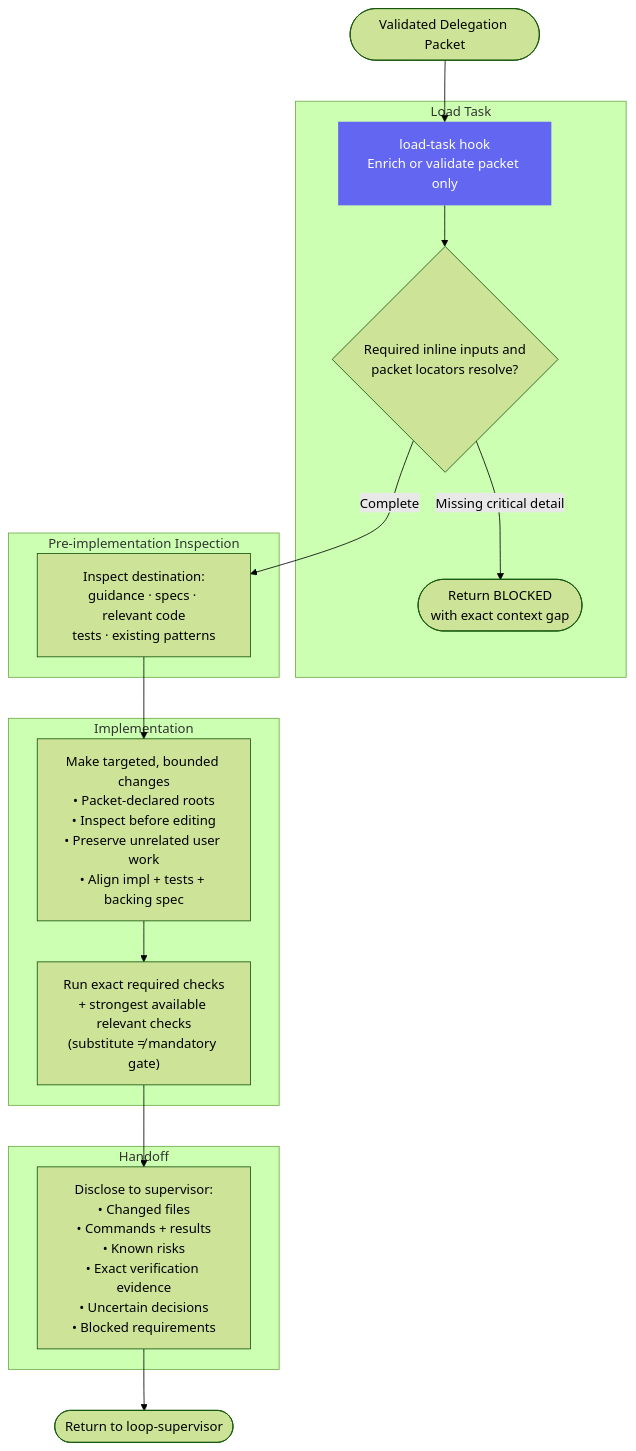
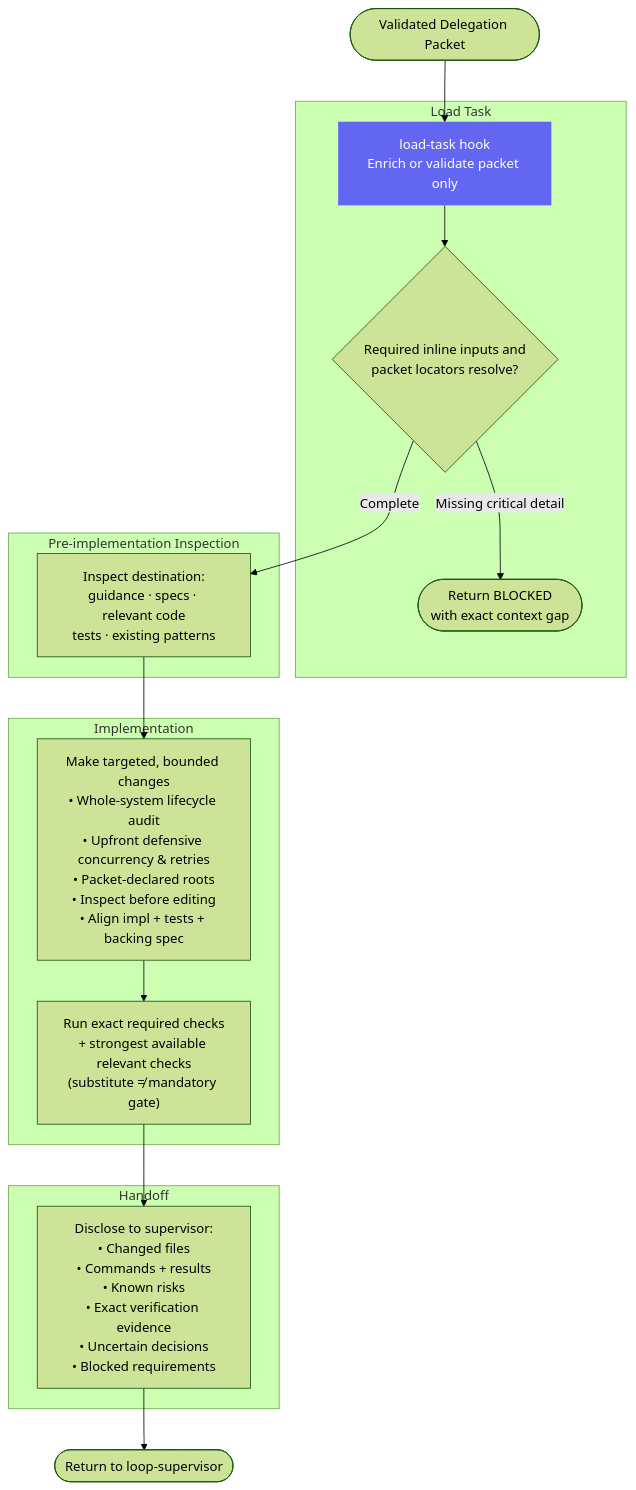
One commit to ericmaster/agent-fabric changed the diagram in docs/architecture/implementor.md. Above: the diagram before and after it, drawn with Mermaid (forest theme). The commit also changed 4 other files, not shown here.

Commit message:
feat(agents): add whole-system lifecycle contract and exhaustive audit protocol

````diff
--- a/docs/architecture/implementor.md
+++ b/docs/architecture/implementor.md
@@ -13,35 +13,35 @@
 ```mermaid
 flowchart TD
     START([Validated Delegation Packet]) --> LT
 
     subgraph "Load Task"
         LT["load-task hook\nEnrich or validate packet only"]
         CHECK{"Required inline inputs and\npacket locators resolve?"}
         GAP([Return BLOCKED\nwith exact context gap])
     end
 
     LT --> CHECK
     CHECK -- "Missing critical detail" --> GAP
     CHECK -- Complete --> INSPECT
 
     subgraph "Pre-implementation Inspection"
         INSPECT["Inspect destination:\nguidance · specs · relevant code\ntests · existing patterns"]
     end
 
     INSPECT --> IMPLEMENT
 
     subgraph "Implementation"
-        IMPLEMENT["Make targeted, bounded changes\n• Packet-declared roots\n• Inspect before editing\n• Preserve unrelated user work\n• Align impl + tests + backing spec"]
+        IMPLEMENT["Make targeted, bounded changes\n• Whole-system lifecycle audit\n• Upfront defensive concurrency & retries\n• Packet-declared roots\n• Inspect before editing\n• Align impl + tests + backing spec"]
         VERIFY["Run exact required checks\n+ strongest available relevant checks\n(substitute ≠ mandatory gate)"]
     end
 
     IMPLEMENT --> VERIFY
 
     subgraph "Handoff"
         DISCLOSE["Disclose to supervisor:\n• Changed files\n• Commands + results\n• Known risks\n• Exact verification evidence\n• Uncertain decisions\n• Blocked requirements"]
     end
 
     VERIFY --> DISCLOSE --> DONE([Return to loop-supervisor])
 
     style LT fill:#6366f1,color:#fff,stroke:none
 ```
````
